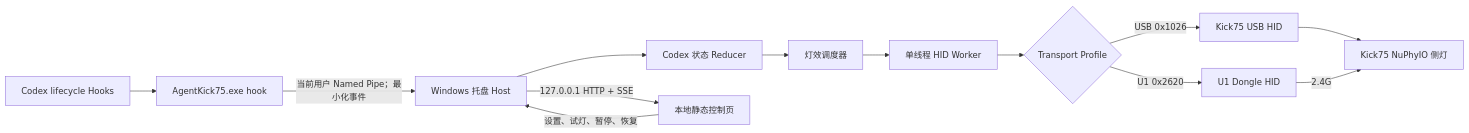
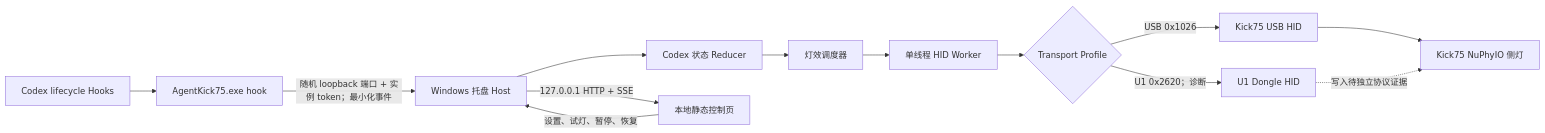
One commit to QuinMeow/codex-kick75-status-lights changed the diagram in docs/WINDOWS_CODEX_MVP_PLAN.md. Above: the diagram before and after it, drawn with Mermaid. The commit also changed other lines of this file and 6 other files, not shown here.

````diff
--- a/docs/WINDOWS_CODEX_MVP_PLAN.md
+++ b/docs/WINDOWS_CODEX_MVP_PLAN.md
@@ -123,15 +129,15 @@
 ```mermaid
 flowchart LR
     C["Codex lifecycle Hooks"] --> H["AgentKick75.exe hook"]
-    H -->|"当前用户 Named Pipe；最小化事件"| T["Windows 托盘 Host"]
+    H -->|"随机 loopback 端口 + 实例 token；最小化事件"| T["Windows 托盘 Host"]
     T --> R["Codex 状态 Reducer"]
     R --> L["灯效调度器"]
     L --> W["单线程 HID Worker"]
     W --> X{"Transport Profile"}
     X -->|"USB 0x1026"| U["Kick75 USB HID"]
-    X -->|"U1 0x2620"| D["U1 Dongle HID"]
+    X -->|"U1 0x2620；诊断"| D["U1 Dongle HID"]
     U --> K["Kick75 NuPhyIO 侧灯"]
-    D -->|"2.4G"| K
+    D -.->|"写入待独立协议证据"| K
     T -->|"127.0.0.1 HTTP + SSE"| P["本地静态控制页"]
     P -->|"设置、试灯、暂停、恢复"| T
 ```
````
